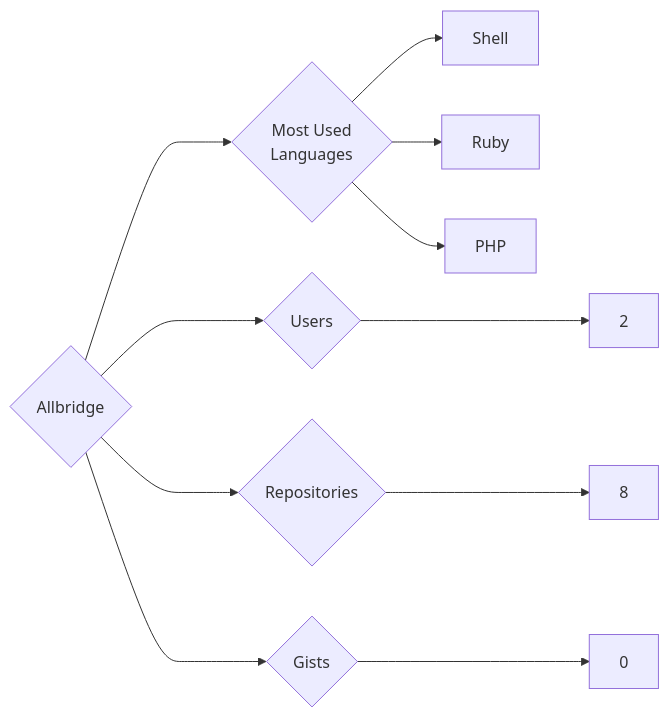
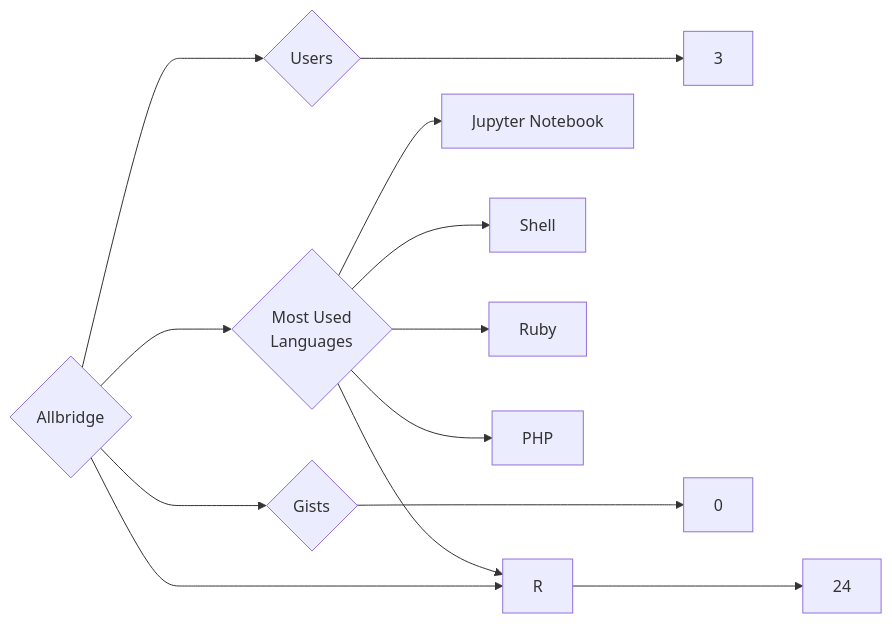
Before and after one commit to trickest/insiders: the diagram in targets/Allbridge/README.md, drawn with Mermaid. The commit also changed 815 other files, not shown here.

````diff
--- a/targets/Allbridge/README.md
+++ b/targets/Allbridge/README.md
@@ -3,11 +3,13 @@
 ```mermaid
 graph LR
 COMPANY_NAME{Allbridge}
-COMPANY_NAME ---> U{Users} ---> UN[2]
-COMPANY_NAME ---> R{Repositories} ---> RN[8]
+COMPANY_NAME ---> U{Users} ---> UN[3]
+COMPANY_NAME ---> R{Repositories} ---> RN[24]
 COMPANY_NAME ---> G{Gists} ---> GN[0]
 COMPANY_NAME ---> ML{Most Used<br>Languages}
+ML --> Jupyter_Notebook[Jupyter Notebook]
 ML --> Shell[Shell]
 ML --> Ruby[Ruby]
+ML --> R[R]
 ML --> PHP[PHP]
 ```
````
